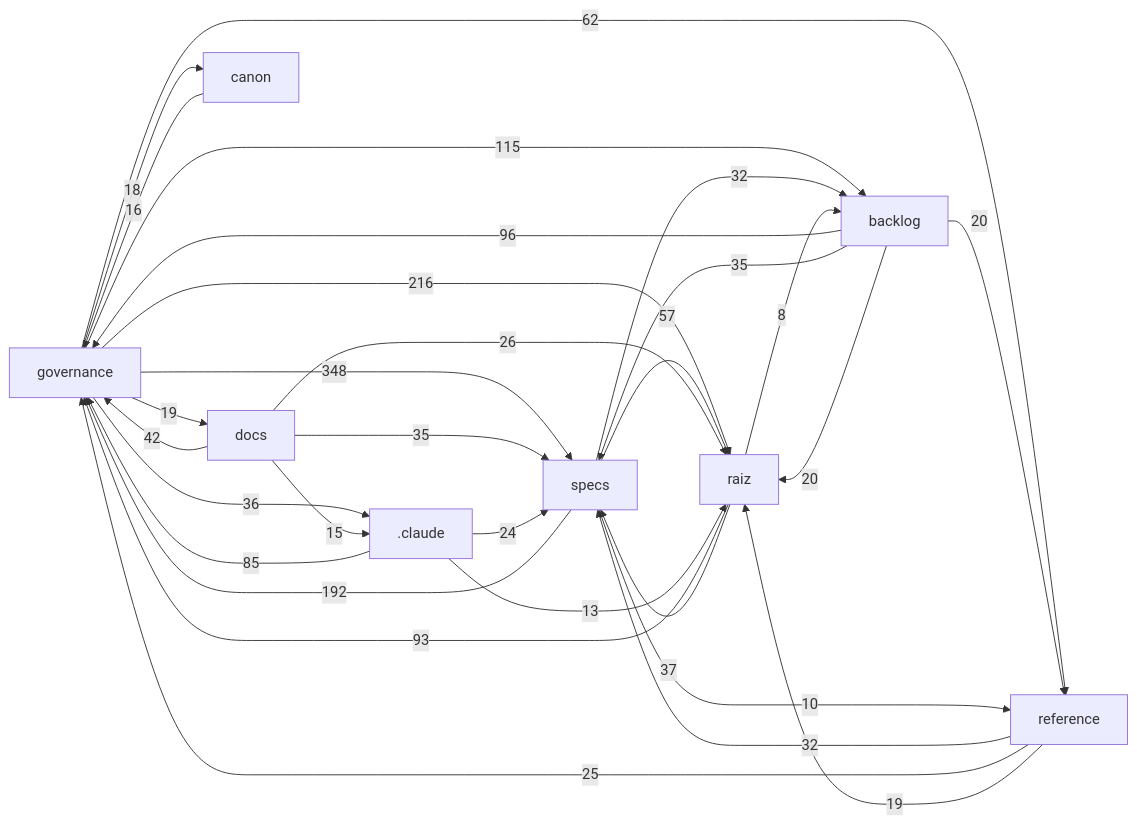
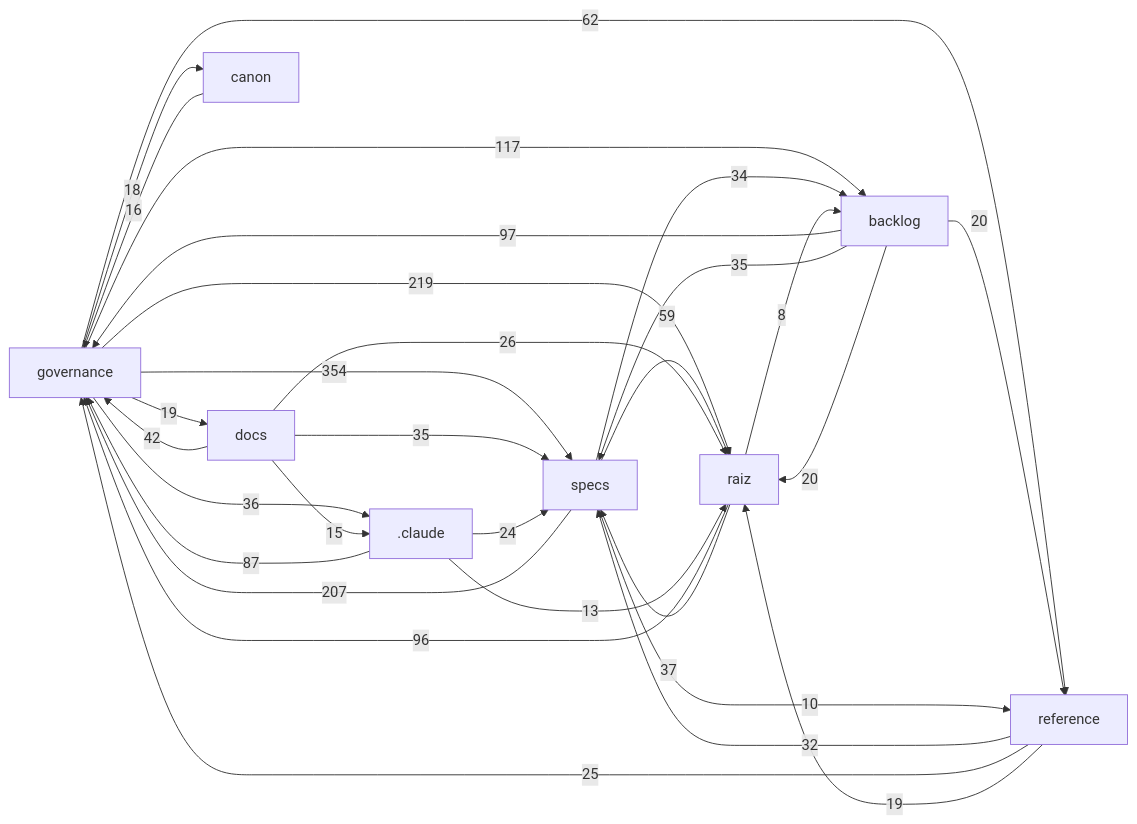
The diagram in docs/mapa/MAPA-PROJETO.md (Andraus35/Sistema-Operacional-de-Trading--SOT), drawn with Mermaid before and after one commit. The commit also changed other lines of this file and 20 other files, not shown here.

````diff
--- a/docs/mapa/MAPA-PROJETO.md
+++ b/docs/mapa/MAPA-PROJETO.md
@@ -30,32 +30,32 @@
 ```mermaid
 flowchart LR
-  governance["governance"] -->|348| specs["specs"]
-  governance["governance"] -->|216| raiz["raiz"]
-  specs["specs"] -->|192| governance["governance"]
-  governance["governance"] -->|115| backlog["backlog"]
-  backlog["backlog"] -->|96| governance["governance"]
-  raiz["raiz"] -->|93| governance["governance"]
-  _claude[".claude"] -->|85| governance["governance"]
+  governance["governance"] -->|354| specs["specs"]
+  governance["governance"] -->|219| raiz["raiz"]
+  specs["specs"] -->|207| governance["governance"]
+  governance["governance"] -->|117| backlog["backlog"]
+  backlog["backlog"] -->|97| governance["governance"]
+  raiz["raiz"] -->|96| governance["governance"]
+  _claude[".claude"] -->|87| governance["governance"]
   governance["governance"] -->|62| reference["reference"]
-  specs["specs"] -->|57| raiz["raiz"]
+  specs["specs"] -->|59| raiz["raiz"]
   docs["docs"] -->|42| governance["governance"]
   raiz["raiz"] -->|37| specs["specs"]
   governance["governance"] -->|36| _claude[".claude"]
   backlog["backlog"] -->|35| specs["specs"]
   docs["docs"] -->|35| specs["specs"]
+  specs["specs"] -->|34| backlog["backlog"]
   reference["reference"] -->|32| specs["specs"]
-  specs["specs"] -->|32| backlog["backlog"]
   docs["docs"] -->|26| raiz["raiz"]
   reference["reference"] -->|25| governance["governance"]
   _claude[".claude"] -->|24| specs["specs"]
   backlog["backlog"] -->|20| raiz["raiz"]
   backlog["backlog"] -->|20| reference["reference"]
   governance["governance"] -->|19| docs["docs"]
   reference["reference"] -->|19| raiz["raiz"]
   governance["governance"] -->|18| canon["canon"]
   canon["canon"] -->|16| governance["governance"]
   docs["docs"] -->|15| _claude[".claude"]
   _claude[".claude"] -->|13| raiz["raiz"]
   specs["specs"] -->|10| reference["reference"]
   raiz["raiz"] -->|8| backlog["backlog"]
 ```
````
